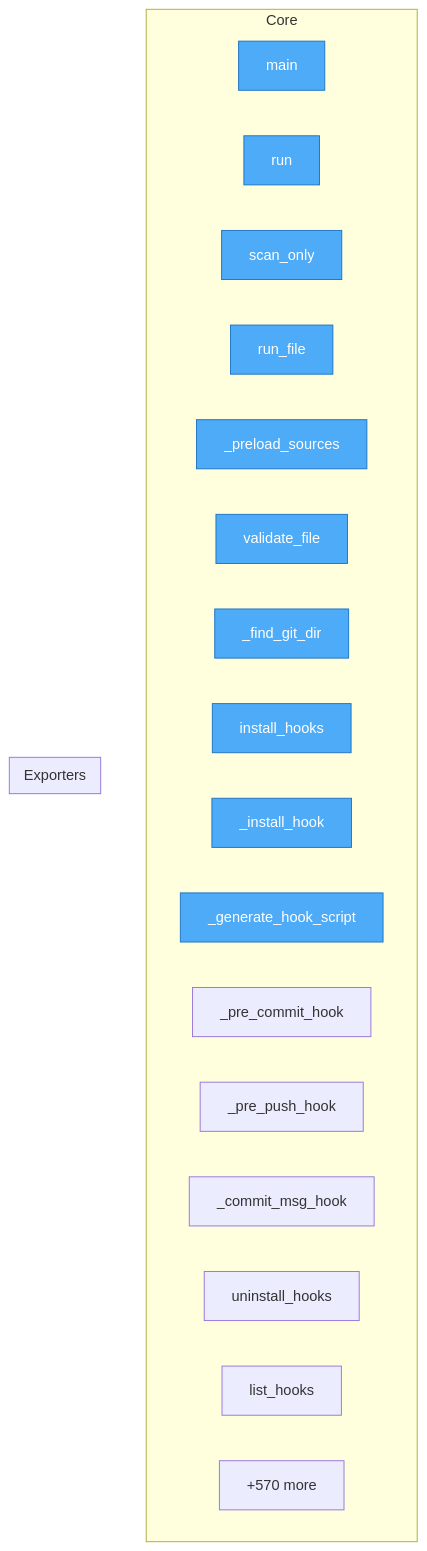
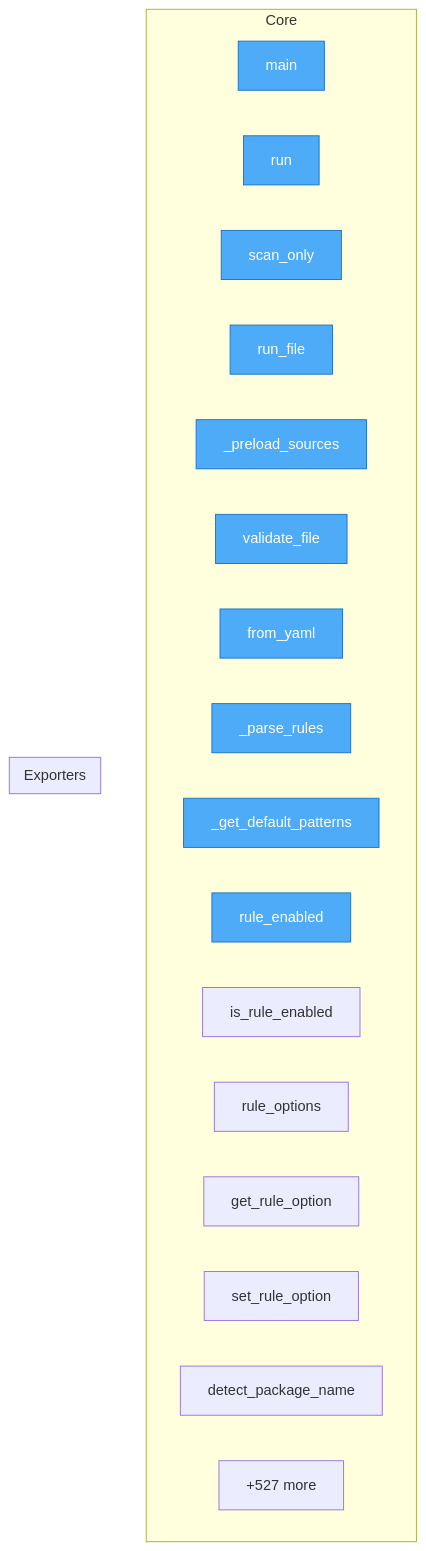
Before and after one commit to semcod/prefact: the diagram in project/flow.mmd, drawn with Mermaid. The commit also changed 62 other files, not shown here.

```diff
--- a/project/flow.mmd
+++ b/project/flow.mmd
@@ -1,28 +1,28 @@
 flowchart TD
 
     %% Entry points (blue)
     classDef entry fill:#4dabf7,stroke:#1971c2,color:#fff
 
     subgraph Core
         benchmark_ram_optimization__main["main"]
         src__prefact__engine__RefactoringEngine__run["run"]
         src__prefact__engine__RefactoringEngine__scan_only["scan_only"]
         src__prefact__engine__RefactoringEngine__run_file["run_file"]
         src__prefact__engine__RefactoringEngine___preload_sources["_preload_sources"]
         src__prefact__validator__Validator__validate_file["validate_file"]
-        src__prefact__git_hooks__GitHooks___find_git_dir["_find_git_dir"]
-        src__prefact__git_hooks__GitHooks__install_hooks["install_hooks"]
-        src__prefact__git_hooks__GitHooks___install_hook["_install_hook"]
-        src__prefact__git_hooks__GitHooks___generate_hook_script["_generate_hook_script"]
-        src__prefact__git_hooks__GitHooks___pre_commit_hook["_pre_commit_hook"]
-        src__prefact__git_hooks__GitHooks___pre_push_hook["_pre_push_hook"]
-        src__prefact__git_hooks__GitHooks___commit_msg_hook["_commit_msg_hook"]
-        src__prefact__git_hooks__GitHooks__uninstall_hooks["uninstall_hooks"]
-        src__prefact__git_hooks__GitHooks__list_hooks["list_hooks"]
-        ...["+570 more"]
+        src__prefact__config__Config__from_yaml["from_yaml"]
+        src__prefact__config__Config___parse_rules["_parse_rules"]
+        src__prefact__config__Config___get_default_patterns["_get_default_patterns"]
+        src__prefact__config__Config__rule_enabled["rule_enabled"]
+        src__prefact__config__Config__is_rule_enabled["is_rule_enabled"]
+        src__prefact__config__Config__rule_options["rule_options"]
+        src__prefact__config__Config__get_rule_option["get_rule_option"]
+        src__prefact__config__Config__set_rule_option["set_rule_option"]
+        src__prefact__config__Config__detect_package_name["detect_package_name"]
+        ...["+527 more"]
     end
 
     subgraph Exporters
     end
 
-    class benchmark_ram_optimization__main,src__prefact__engine__RefactoringEngine__run,src__prefact__engine__RefactoringEngine__scan_only,src__prefact__engine__RefactoringEngine__run_file,src__prefact__engine__RefactoringEngine___preload_sources,src__prefact__validator__Validator__validate_file,src__prefact__git_hooks__GitHooks___find_git_dir,src__prefact__git_hooks__GitHooks__install_hooks,src__prefact__git_hooks__GitHooks___install_hook,src__prefact__git_hooks__GitHooks___generate_hook_script entry
+    class benchmark_ram_optimization__main,src__prefact__engine__RefactoringEngine__run,src__prefact__engine__RefactoringEngine__scan_only,src__prefact__engine__RefactoringEngine__run_file,src__prefact__engine__RefactoringEngine___preload_sources,src__prefact__validator__Validator__validate_file,src__prefact__config__Config__from_yaml,src__prefact__config__Config___parse_rules,src__prefact__config__Config___get_default_patterns,src__prefact__config__Config__rule_enabled entry
```
